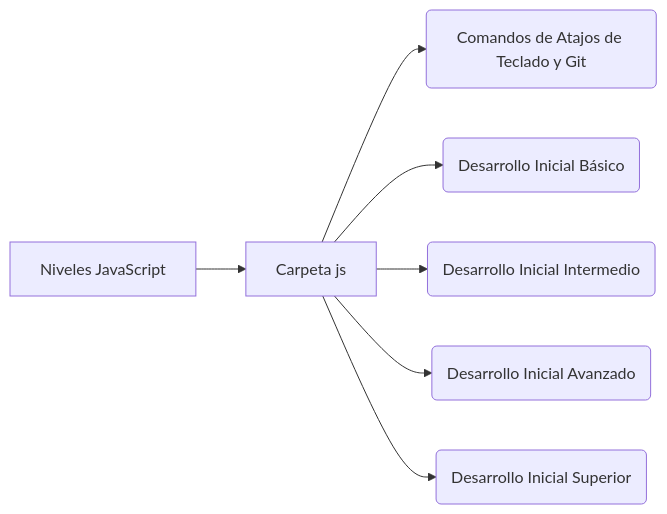
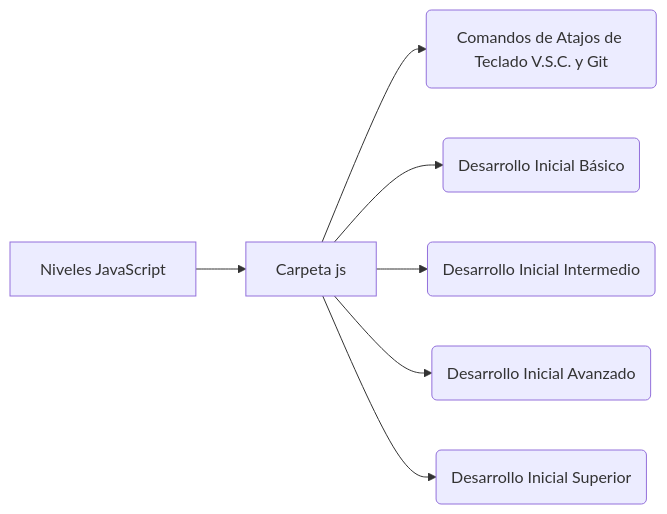
The diagram in README.md (DragonFenixOwi/Resumen_FrontEnd_Inicial_2020), drawn with Mermaid before and after one commit. The commit also changed other lines of this file, not shown here.

````diff
--- a/README.md
+++ b/README.md
@@ -29,9 +31,9 @@
 ```mermaid
 graph LR
-	A[Niveles JavaScript] --> B[Carpeta js]--> C(Comandos de Atajos de Teclado y Git)
+	A[Niveles JavaScript] --> B[Carpeta js]--> C(Comandos de Atajos de Teclado V.S.C. y Git)
 	B --> D(Desarrollo Inicial Básico)
 	B --> E(Desarrollo Inicial Intermedio)
 	B --> F(Desarrollo Inicial Avanzado)
     	B --> G(Desarrollo Inicial Superior)
 	
 ```
````
